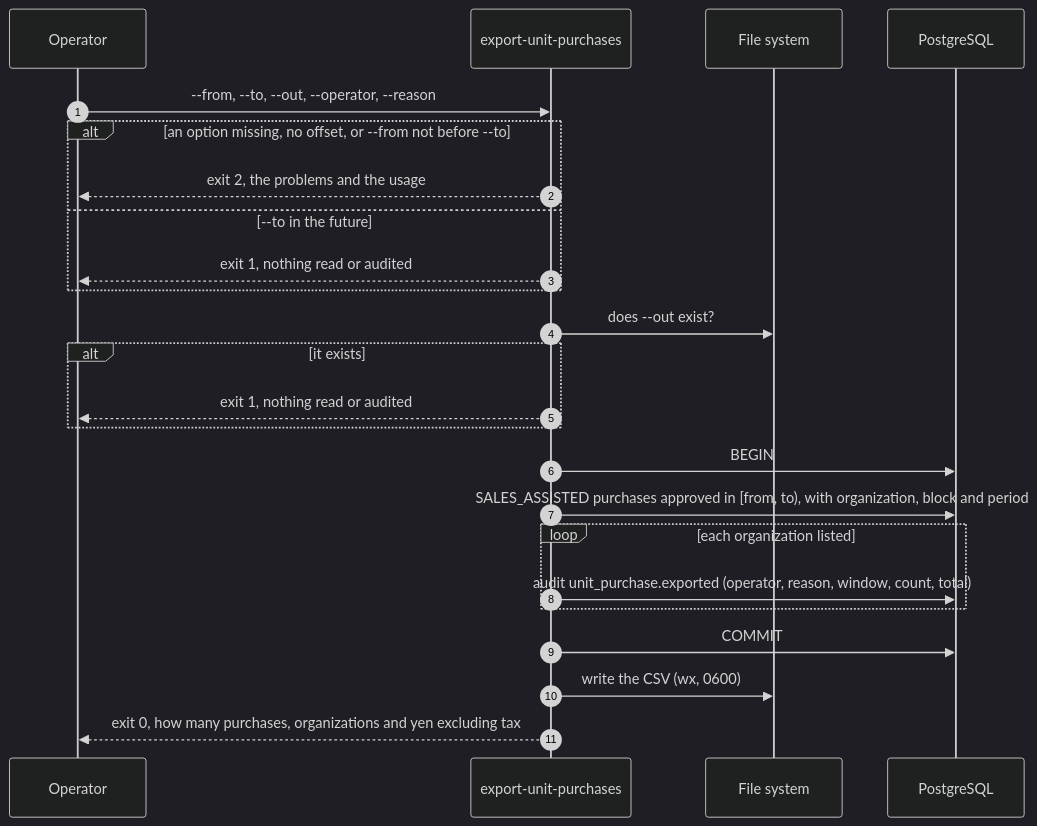
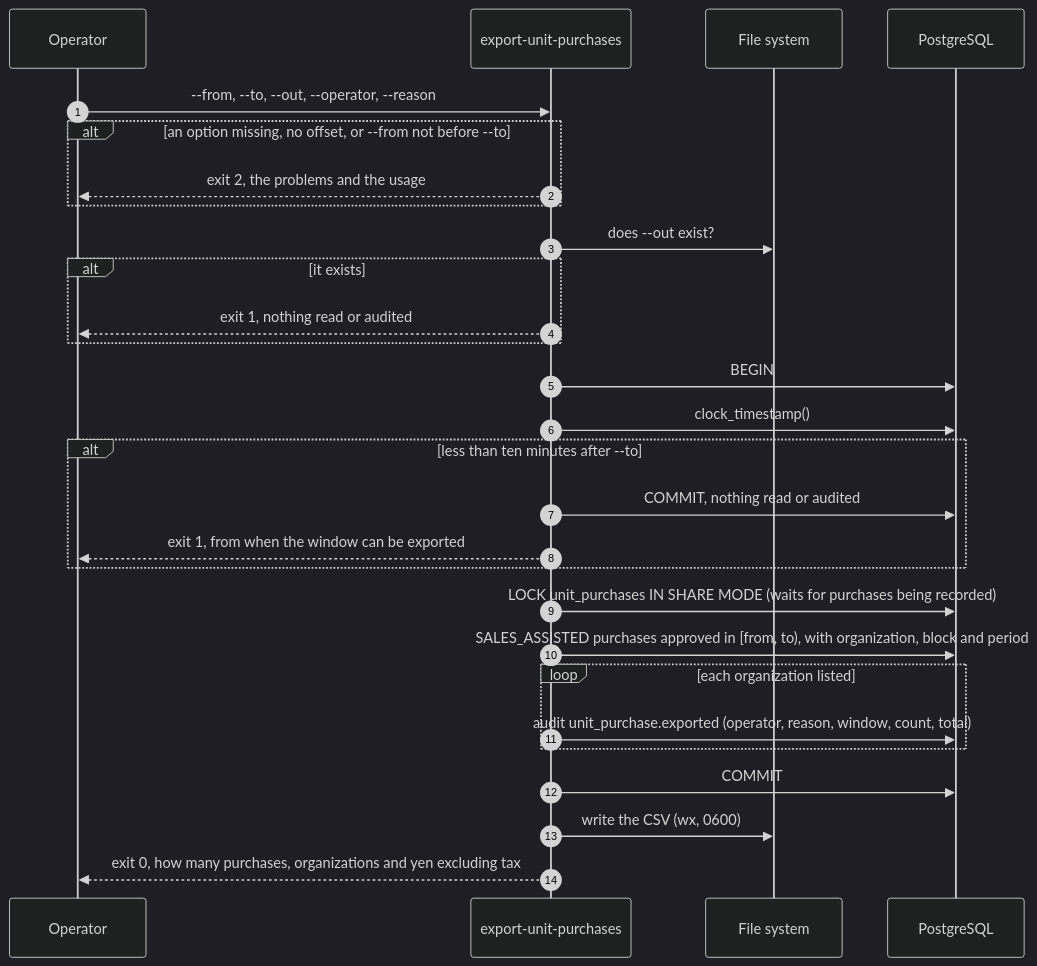
The fourth of 4 diagrams in docs/unit-purchase-completion.md (TakeTouhu/Real-Estate-Listing-Concept-Video), drawn with Mermaid (dark theme) before and after one commit. The commit also changed other lines of this file and 14 other files, not shown here.

First line of the commit message:
UP-4: an export waits for purchases still being recorded

````diff
--- a/docs/unit-purchase-completion.md
+++ b/docs/unit-purchase-completion.md
@@ -913,27 +918,31 @@
 ```mermaid
 sequenceDiagram
   autonumber
   participant O as Operator
   participant C as export-unit-purchases
   participant F as File system
   participant DB as PostgreSQL
 
   O->>C: --from, --to, --out, --operator, --reason
   alt an option missing, no offset, or --from not before --to
     C-->>O: exit 2, the problems and the usage
-  else --to in the future
-    C-->>O: exit 1, nothing read or audited
   end
   C->>F: does --out exist?
   alt it exists
     C-->>O: exit 1, nothing read or audited
   end
   C->>DB: BEGIN
+  C->>DB: clock_timestamp()
+  alt less than ten minutes after --to
+    C->>DB: COMMIT, nothing read or audited
+    C-->>O: exit 1, from when the window can be exported
+  end
+  C->>DB: LOCK unit_purchases IN SHARE MODE (waits for purchases being recorded)
   C->>DB: SALES_ASSISTED purchases approved in [from, to), with organization, block and period
   loop each organization listed
     C->>DB: audit unit_purchase.exported (operator, reason, window, count, total)
   end
   C->>DB: COMMIT
   C->>F: write the CSV (wx, 0600)
   C-->>O: exit 0, how many purchases, organizations and yen excluding tax
 ```
````
